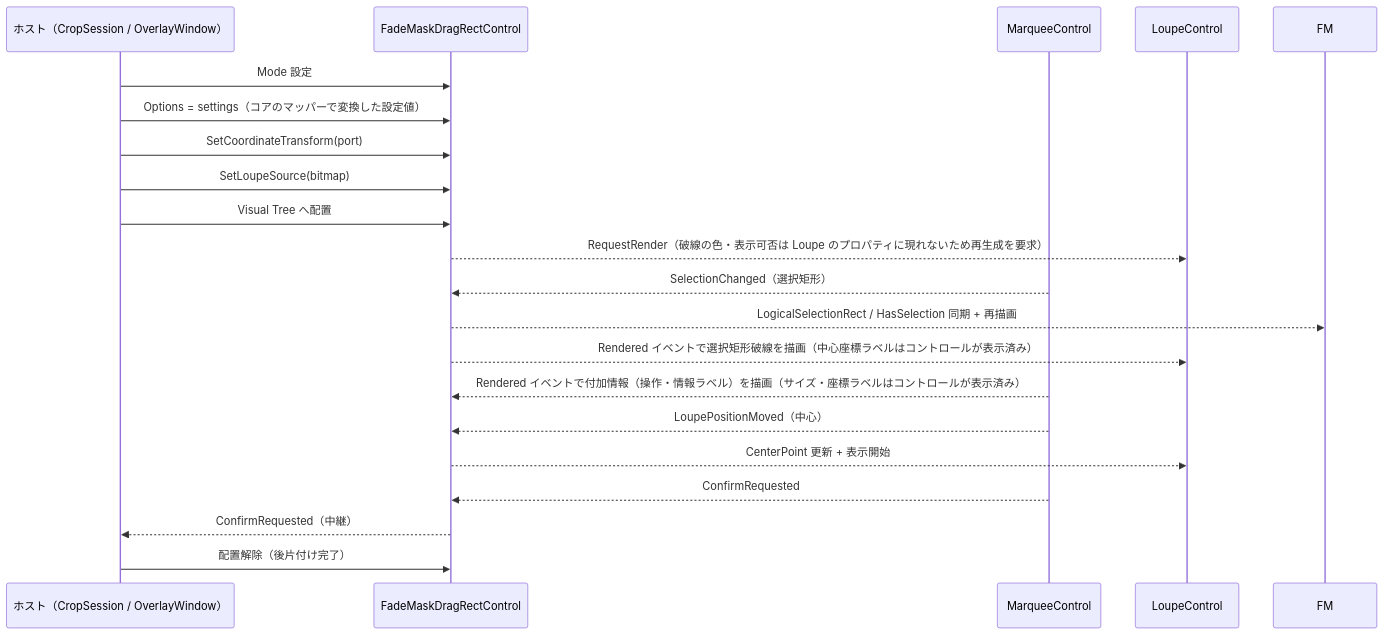
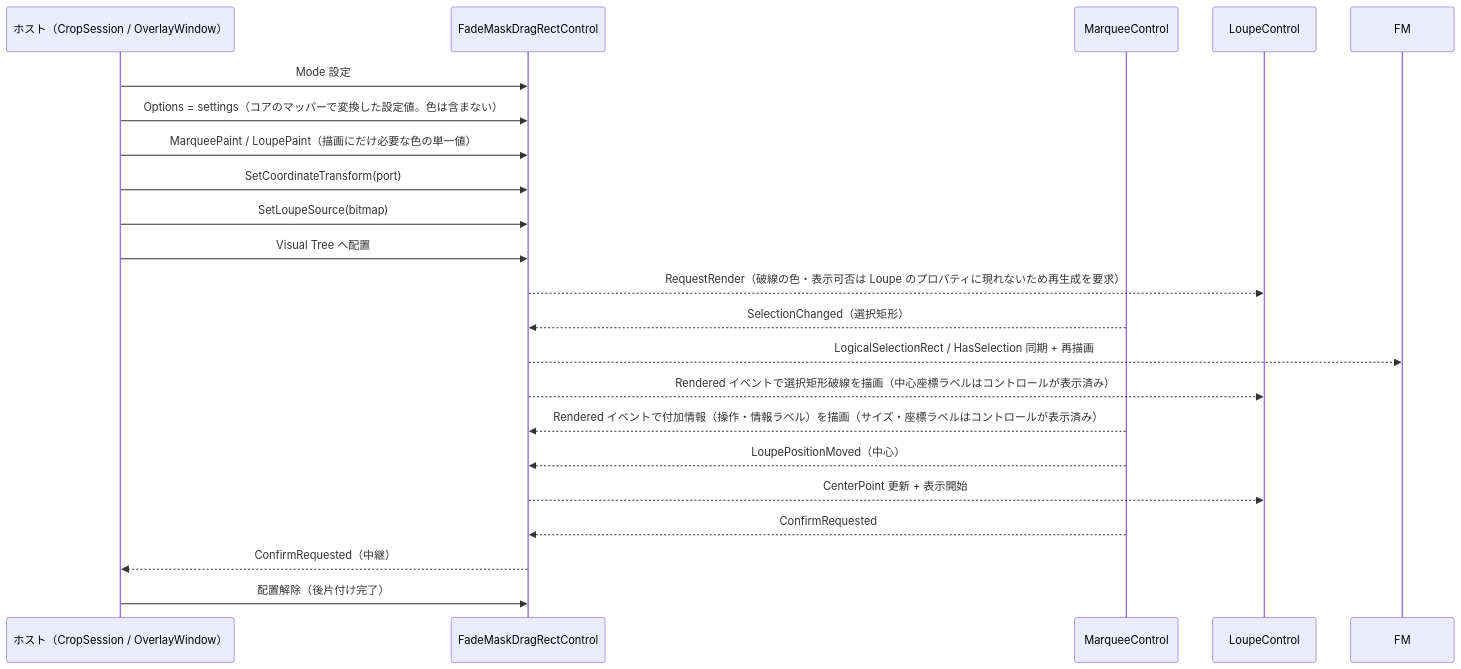
Before and after one commit to tomokuni/SaveEvidence: the second of 2 diagrams in src/FadeMaskDragRectControl.AvaloniaUI/SPEC_System.md, drawn with Mermaid. The commit also changed other lines of this file and 95 other files, not shown here.

````diff
--- a/src/FadeMaskDragRectControl.AvaloniaUI/SPEC_System.md
+++ b/src/FadeMaskDragRectControl.AvaloniaUI/SPEC_System.md
@@ -174,24 +178,25 @@
 ```mermaid
 sequenceDiagram
     participant H as ホスト（CropSession / OverlayWindow）
     participant C as FadeMaskDragRectControl
     participant DR as MarqueeControl
     
     participant LC as LoupeControl
 
     H->>C: Mode 設定
-    H->>C: Options = settings（コアのマッパーで変換した設定値）
+    H->>C: Options = settings（コアのマッパーで変換した設定値。色は含まない）
+    H->>C: MarqueePaint / LoupePaint（描画にだけ必要な色の単一値）
     H->>C: SetCoordinateTransform(port)
     H->>C: SetLoupeSource(bitmap)
     H->>C: Visual Tree へ配置
     C-->>LC: RequestRender（破線の色・表示可否は Loupe のプロパティに現れないため再生成を要求）
     DR-->>C: SelectionChanged（選択矩形）
     C-->>FM: LogicalSelectionRect / HasSelection 同期 + 再描画
     C-->>LC: Rendered イベントで選択矩形破線を描画（中心座標ラベルはコントロールが表示済み）
     DR-->>C: Rendered イベントで付加情報（操作・情報ラベル）を描画（サイズ・座標ラベルはコントロールが表示済み）
     DR-->>C: LoupePositionMoved（中心）
     C-->>LC: CenterPoint 更新 + 表示開始
     DR-->>C: ConfirmRequested
     C-->>H: ConfirmRequested（中継）
     H->>C: 配置解除（後片付け完了）
 ```
````
